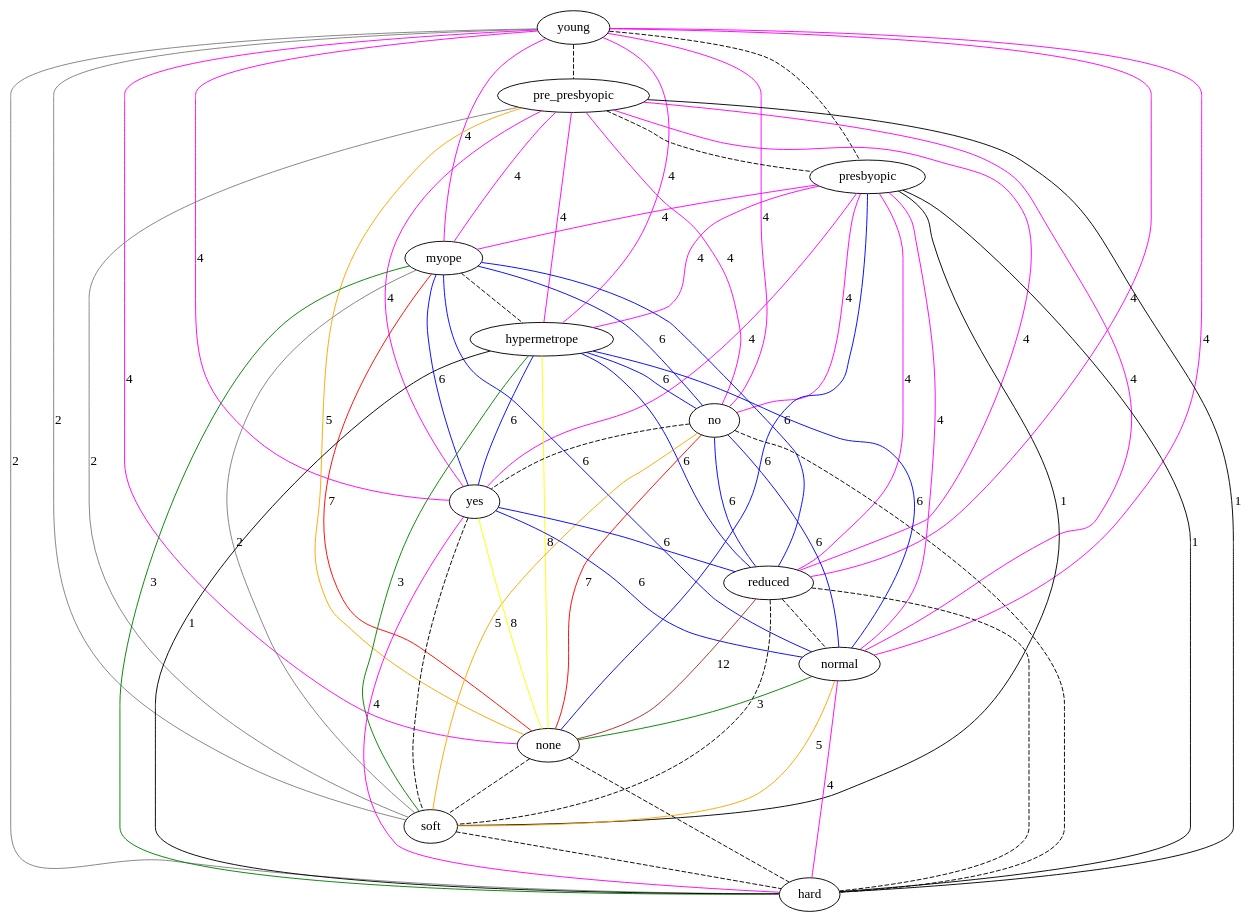
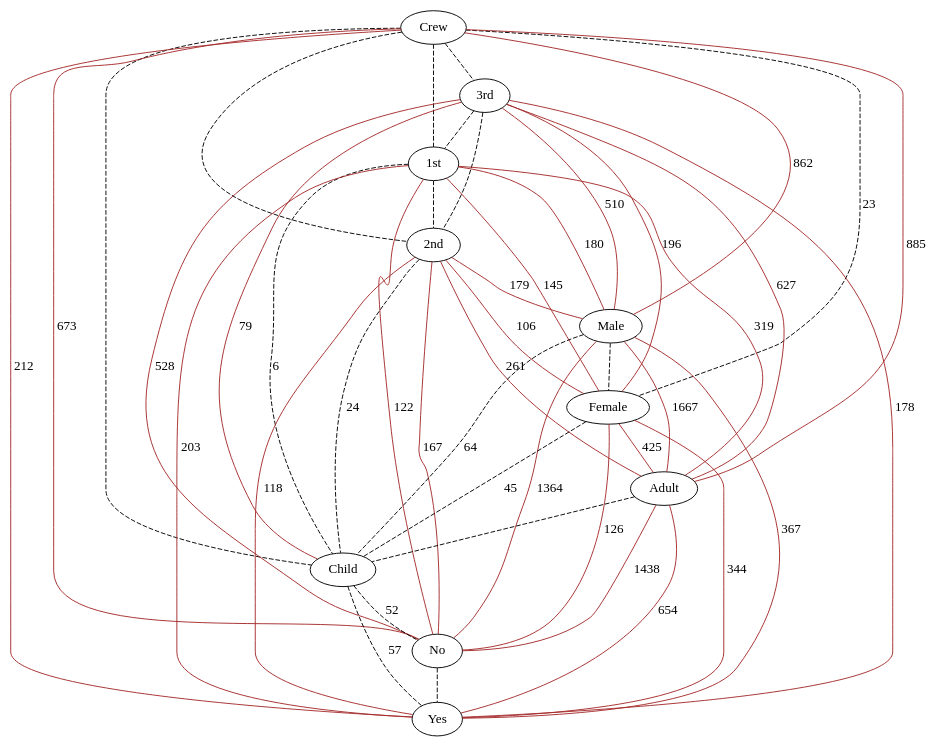
Before and after one commit to lrodrin/TFG: the diagram in src/extension/linearGraph.dot, drawn with Graphviz. The commit also changed 9 other files, not shown here.

```diff
--- a/src/extension/linearGraph.dot
+++ b/src/extension/linearGraph.dot
@@ -1,80 +1,57 @@
 strict graph "" {
-young;
-pre_presbyopic;
-presbyopic;
-myope;
-hypermetrope;
-no;
-yes;
-reduced;
-normal;
-none;
-soft;
-hard;
-young -- pre_presbyopic  [color=black, style=dashed];
-young -- presbyopic  [color=black, style=dashed];
-young -- myope  [color=magenta, label=4, style=solid];
-young -- hypermetrope  [color=magenta, label=4, style=solid];
-young -- no  [color=magenta, label=4, style=solid];
-young -- yes  [color=magenta, label=4, style=solid];
-young -- reduced  [color=magenta, label=4, style=solid];
-young -- normal  [color=magenta, label=4, style=solid];
-young -- none  [color=magenta, label=4, style=solid];
-young -- soft  [color=grey, label=2, style=solid];
-young -- hard  [color=grey, label=2, style=solid];
-pre_presbyopic -- presbyopic  [color=black, style=dashed];
-pre_presbyopic -- myope  [color=magenta, label=4, style=solid];
-pre_presbyopic -- hypermetrope  [color=magenta, label=4, style=solid];
-pre_presbyopic -- no  [color=magenta, label=4, style=solid];
-pre_presbyopic -- yes  [color=magenta, label=4, style=solid];
-pre_presbyopic -- reduced  [color=magenta, label=4, style=solid];
-pre_presbyopic -- normal  [color=magenta, label=4, style=solid];
-pre_presbyopic -- none  [color=orange, label=5, style=solid];
-pre_presbyopic -- soft  [color=grey, label=2, style=solid];
-pre_presbyopic -- hard  [color=black, label=1, style=solid];
-presbyopic -- myope  [color=magenta, label=4, style=solid];
-presbyopic -- hypermetrope  [color=magenta, label=4, style=solid];
-presbyopic -- no  [color=magenta, label=4, style=solid];
-presbyopic -- yes  [color=magenta, label=4, style=solid];
-presbyopic -- reduced  [color=magenta, label=4, style=solid];
-presbyopic -- normal  [color=magenta, label=4, style=solid];
-presbyopic -- none  [color=blue, label=6, style=solid];
-presbyopic -- soft  [color=black, label=1, style=solid];
-presbyopic -- hard  [color=black, label=1, style=solid];
-myope -- hypermetrope  [color=black, style=dashed];
-myope -- no  [color=blue, label=6, style=solid];
-myope -- yes  [color=blue, label=6, style=solid];
-myope -- reduced  [color=blue, label=6, style=solid];
-myope -- normal  [color=blue, label=6, style=solid];
-myope -- none  [color=red, label=7, style=solid];
-myope -- soft  [color=grey, label=2, style=solid];
-myope -- hard  [color=green, label=3, style=solid];
-hypermetrope -- no  [color=blue, label=6, style=solid];
-hypermetrope -- yes  [color=blue, label=6, style=solid];
-hypermetrope -- reduced  [color=blue, label=6, style=solid];
-hypermetrope -- normal  [color=blue, label=6, style=solid];
-hypermetrope -- none  [color=yellow, label=8, style=solid];
-hypermetrope -- soft  [color=green, label=3, style=solid];
-hypermetrope -- hard  [color=black, label=1, style=solid];
-no -- yes  [color=black, style=dashed];
-no -- reduced  [color=blue, label=6, style=solid];
-no -- normal  [color=blue, label=6, style=solid];
-no -- none  [color=red, label=7, style=solid];
-no -- soft  [color=orange, label=5, style=solid];
-no -- hard  [color=black, style=dashed];
-yes -- reduced  [color=blue, label=6, style=solid];
-yes -- normal  [color=blue, label=6, style=solid];
-yes -- none  [color=yellow, label=8, style=solid];
-yes -- soft  [color=black, style=dashed];
-yes -- hard  [color=magenta, label=4, style=solid];
-reduced -- normal  [color=black, style=dashed];
-reduced -- none  [color=brown, label=12, style=solid];
-reduced -- soft  [color=black, style=dashed];
-reduced -- hard  [color=black, style=dashed];
-normal -- none  [color=green, label=3, style=solid];
-normal -- soft  [color=orange, label=5, style=solid];
-normal -- hard  [color=magenta, label=4, style=solid];
-none -- soft  [color=black, style=dashed];
-none -- hard  [color=black, style=dashed];
-soft -- hard  [color=black, style=dashed];
+Crew;
+"3rd";
+"1st";
+"2nd";
+Male;
+Female;
+Adult;
+Child;
+No;
+Yes;
+Crew -- "3rd"  [color=black, style=dashed];
+Crew -- "1st"  [color=black, style=dashed];
+Crew -- "2nd"  [color=black, style=dashed];
+Crew -- Male  [color=brown, label=862, style=solid];
+Crew -- Female  [color=black, label=23, style=dashed];
+Crew -- Adult  [color=brown, label=885, style=solid];
+Crew -- Child  [color=black, style=dashed];
+Crew -- No  [color=brown, label=673, style=solid];
+Crew -- Yes  [color=brown, label=212, style=solid];
+"3rd" -- "1st"  [color=black, style=dashed];
+"3rd" -- "2nd"  [color=black, style=dashed];
+"3rd" -- Male  [color=brown, label=510, style=solid];
+"3rd" -- Female  [color=brown, label=196, style=solid];
+"3rd" -- Adult  [color=brown, label=627, style=solid];
+"3rd" -- Child  [color=brown, label=79, style=solid];
+"3rd" -- No  [color=brown, label=528, style=solid];
+"3rd" -- Yes  [color=brown, label=178, style=solid];
+"1st" -- "2nd"  [color=black, style=dashed];
+"1st" -- Male  [color=brown, label=180, style=solid];
+"1st" -- Female  [color=brown, label=145, style=solid];
+"1st" -- Adult  [color=brown, label=319, style=solid];
+"1st" -- Child  [color=black, label=6, style=dashed];
+"1st" -- No  [color=brown, label=122, style=solid];
+"1st" -- Yes  [color=brown, label=203, style=solid];
+"2nd" -- Male  [color=brown, label=179, style=solid];
+"2nd" -- Female  [color=brown, label=106, style=solid];
+"2nd" -- Adult  [color=brown, label=261, style=solid];
+"2nd" -- Child  [color=black, label=24, style=dashed];
+"2nd" -- No  [color=brown, label=167, style=solid];
+"2nd" -- Yes  [color=brown, label=118, style=solid];
+Male -- Female  [color=black, style=dashed];
+Male -- Adult  [color=brown, label=1667, style=solid];
+Male -- Child  [color=black, label=64, style=dashed];
+Male -- No  [color=brown, label=1364, style=solid];
+Male -- Yes  [color=brown, label=367, style=solid];
+Female -- Adult  [color=brown, label=425, style=solid];
+Female -- Child  [color=black, label=45, style=dashed];
+Female -- No  [color=brown, label=126, style=solid];
+Female -- Yes  [color=brown, label=344, style=solid];
+Adult -- Child  [color=black, style=dashed];
+Adult -- No  [color=brown, label=1438, style=solid];
+Adult -- Yes  [color=brown, label=654, style=solid];
+Child -- No  [color=black, label=52, style=dashed];
+Child -- Yes  [color=black, label=57, style=dashed];
+No -- Yes  [color=black, style=dashed];
 }
```
